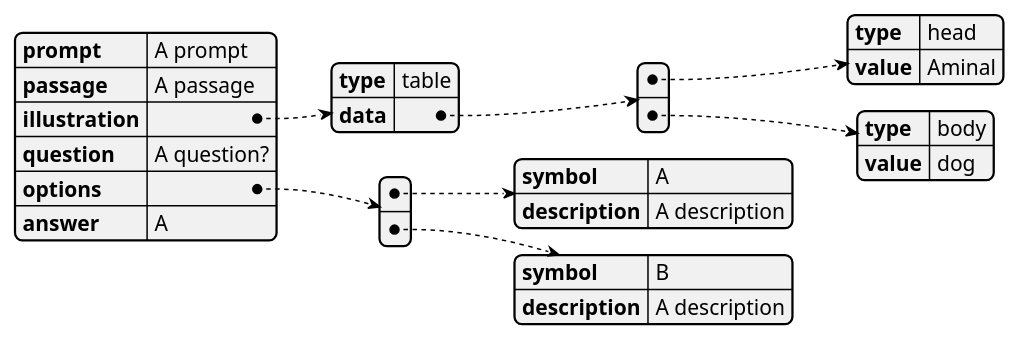
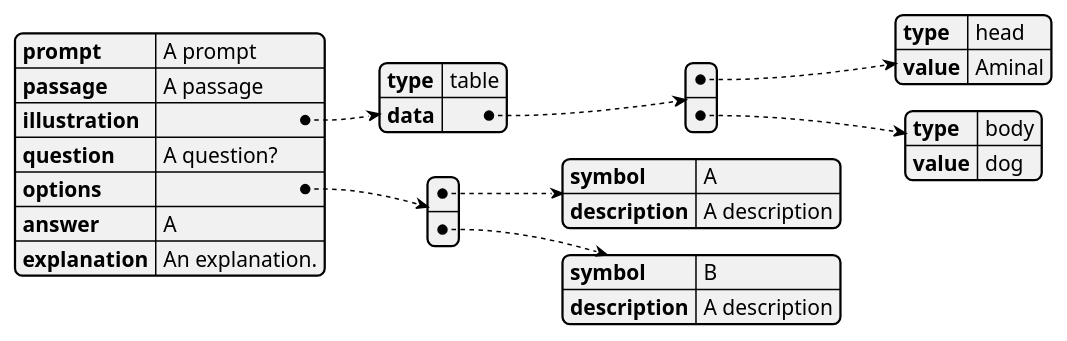
One commit to engtecmat/practices changed the diagram in data-model.plantuml. Above: the diagram before and after it, drawn with PlantUML. The commit also changed 4 other files, not shown here.

```diff
--- a/data-model.plantuml
+++ b/data-model.plantuml
@@ -1,31 +1,32 @@
 @startjson
  {
         "prompt": "A prompt",
         "passage": "A passage",
         "illustration": {
             "type": "table",
             "data": [
                 {
                     "type": "head",
                     "value": "Aminal"
                 },
                 {
                     "type": "body",
                     "value": "dog"
                 }
             ]
         },
         "question": "A question?",
         "options": [
             {
                 "symbol": "A",
                 "description": "A description"
             },
             {
                 "symbol": "B",
                 "description": "A description"
             }
         ],
-        "answer": "A"
+        "answer": "A",
+        "explanation": "An explanation."
     }
 @endjson
```
